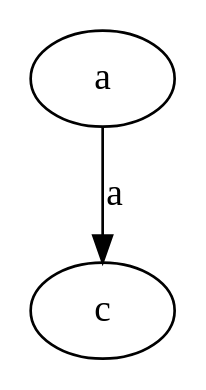
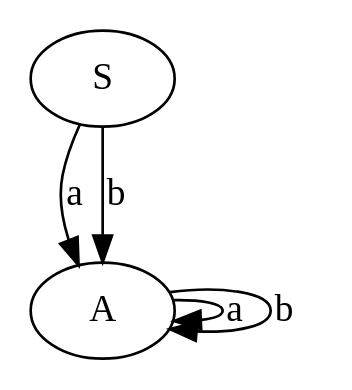
One commit to BilelAvans/FormMeth changed the diagram in DFA.gv. Above: the diagram before and after it, drawn with Graphviz. The commit also changed 16 other files, not shown here.

```diff
--- a/DFA.gv
+++ b/DFA.gv
@@ -1,1 +1,1 @@
-digraph { a -> c [ label="a", weigth="0.6"];}
+digraph { S -> A [ label="a", weigth="0.6"];S -> A [ label="b", weigth="0.6"];A -> A [ label="a", weigth="0.6"];A -> A [ label="b", weigth="0.6"];}
```
